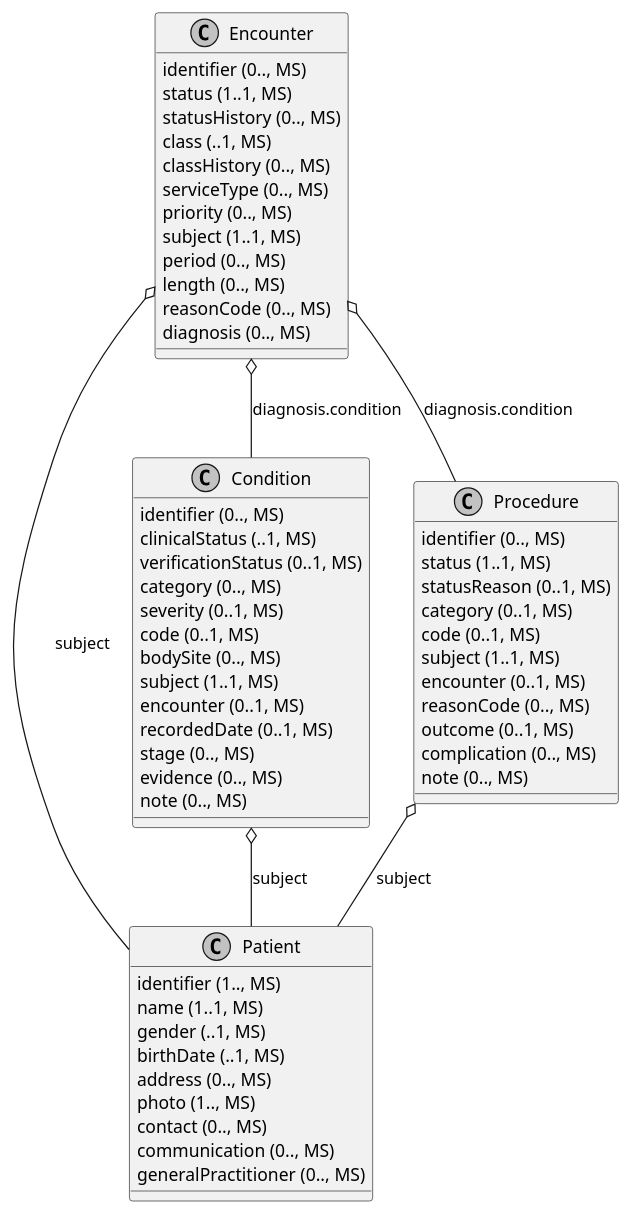
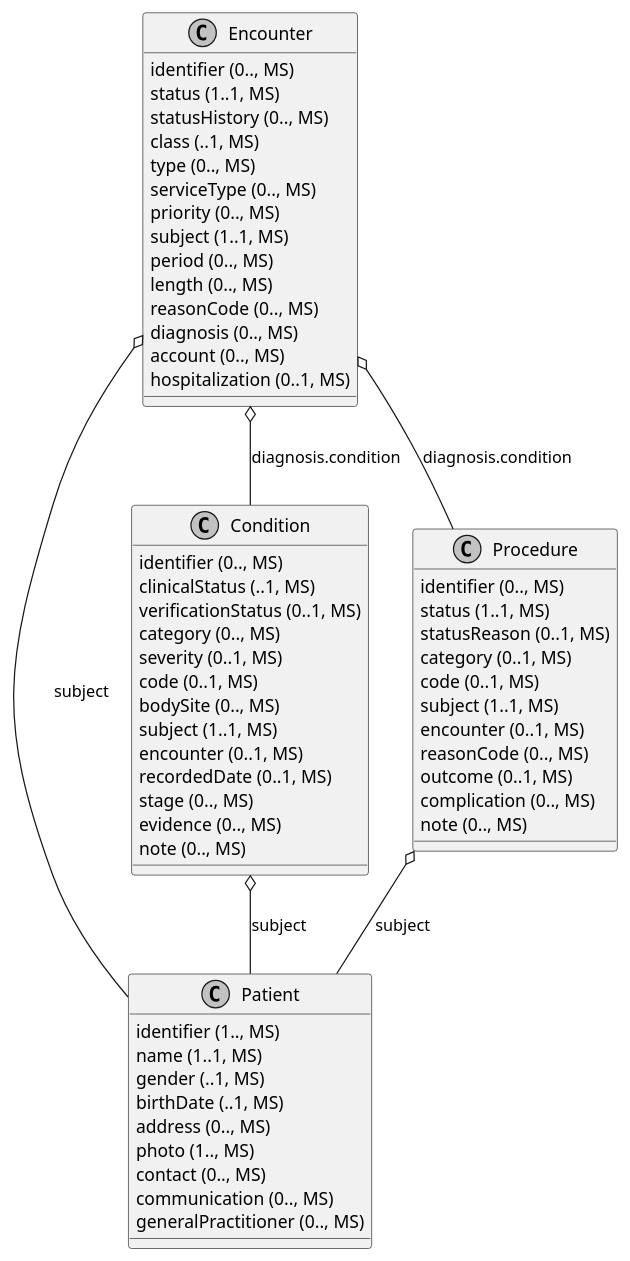
The diagram in src/plantuml/architecture/ClassDiagramm.CaseReference.puml (gematik/api-ti-messenger), drawn with PlantUML before and after one commit. The commit also changed 1 other file, not shown here.

```diff
--- a/src/plantuml/architecture/ClassDiagramm.CaseReference.puml
+++ b/src/plantuml/architecture/ClassDiagramm.CaseReference.puml
@@ -1,62 +1,64 @@
 @startuml ClassDiagram.CaseReference
 skinparam monochrome true
 class Encounter {
   {field} identifier (0.., MS)
   {field} status (1..1, MS)
   {field} statusHistory (0.., MS)
   {field} class (..1, MS)
-  {field} classHistory (0.., MS)
+  {field} type (0.., MS)
   {field} serviceType (0.., MS)
   {field} priority (0.., MS)
   {field} subject (1..1, MS)
   {field} period (0.., MS)
   {field} length (0.., MS)
   {field} reasonCode (0.., MS)
   {field} diagnosis (0.., MS)
+  {field} account (0.., MS)
+  {field} hospitalization (0..1, MS)
 }
 class Patient {
   {field} identifier (1.., MS)
   {field} name (1..1, MS)
   {field} gender (..1, MS)
   {field} birthDate (..1, MS)
   {field} address (0.., MS)
   {field} photo (1.., MS)
   {field} contact (0.., MS)
   {field} communication (0.., MS)
   {field} generalPractitioner (0.., MS)
 }
 class Condition {
   {field} identifier (0.., MS)
   {field} clinicalStatus (..1, MS)
   {field} verificationStatus (0..1, MS)
   {field} category (0.., MS)
   {field} severity (0..1, MS)
   {field} code (0..1, MS)
   {field} bodySite (0.., MS)
   {field} subject (1..1, MS)
   {field} encounter (0..1, MS)
   {field} recordedDate (0..1, MS)
   {field} stage (0.., MS)
   {field} evidence (0.., MS)
   {field} note (0.., MS)
 }
 class Procedure {
   {field} identifier (0.., MS)
   {field} status (1..1, MS)
   {field} statusReason (0..1, MS)
   {field} category (0..1, MS)
   {field} code (0..1, MS)
   {field} subject (1..1, MS)
   {field} encounter (0..1, MS)
   {field} reasonCode (0.., MS)
   {field} outcome (0..1, MS)
   {field} complication (0.., MS)
   {field} note (0.., MS)
 }
 
 Encounter o-- Patient: subject
 Encounter o-- Condition: diagnosis.condition
 Encounter o-- Procedure: diagnosis.condition
 Condition o-- Patient: subject
 Procedure o-- Patient: subject
 @enduml
```
